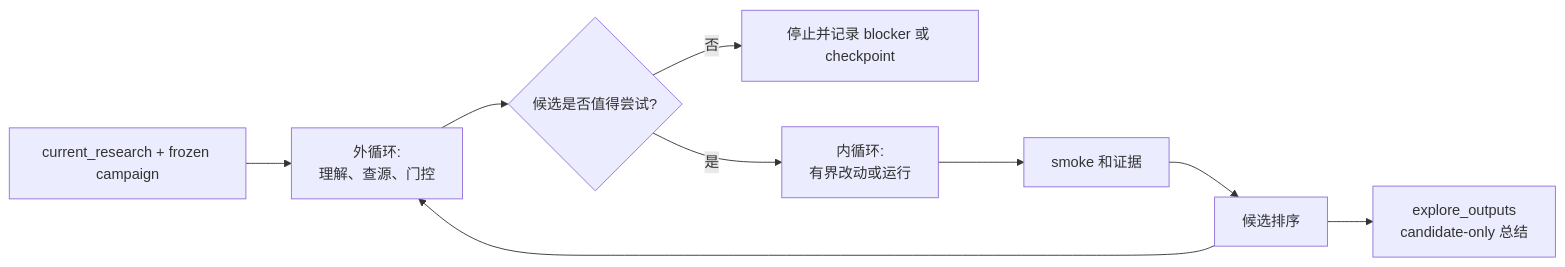
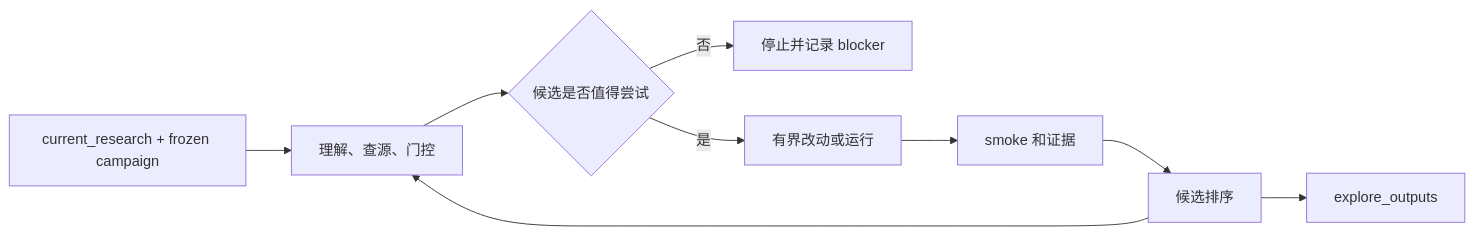
Before and after one commit to DevZonayed/nexalance-skill-lllllllama-rigorpilot-skills: the diagram in README.zh-CN.md, drawn with Mermaid. The commit also changed other lines of this file and 23 other files, not shown here.

````diff
--- a/README.zh-CN.md
+++ b/README.zh-CN.md
@@ -343,11 +120,11 @@
 ```mermaid
 flowchart LR
-    A[current_research + frozen campaign] --> B[外循环:<br/>理解、查源、门控]
-    B --> C{候选是否值得尝试?}
-    C -- 否 --> D[停止并记录 blocker 或 checkpoint]
-    C -- 是 --> E[内循环:<br/>有界改动或运行]
+    A[current_research + frozen campaign] --> B[理解、查源、门控]
+    B --> C{候选是否值得尝试}
+    C -- 否 --> D[停止并记录 blocker]
+    C -- 是 --> E[有界改动或运行]
     E --> F[smoke 和证据]
     F --> G[候选排序]
+    G --> H[explore_outputs]
     G --> B
-    G --> H[explore_outputs<br/>candidate-only 总结]
 ```
````
